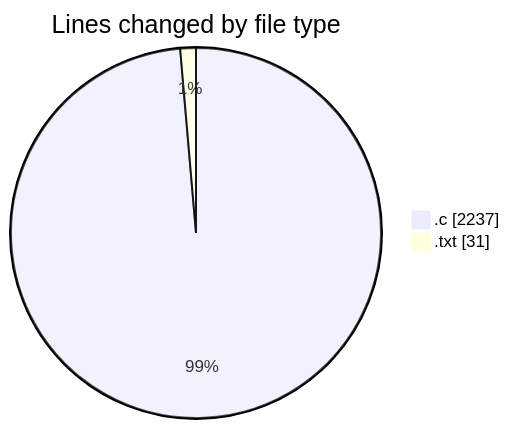
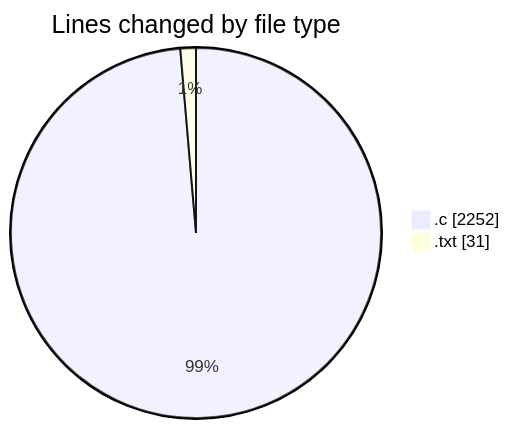
One commit to Ritupan-Deka/code-tracking changed the first of 2 diagrams in 2025-01-26/search/README.md. Above: the diagram before and after it, drawn with Mermaid. The commit also changed other lines of this file and 1 other file, not shown here.

````diff
--- a/2025-01-26/search/README.md
+++ b/2025-01-26/search/README.md
@@ -22,6 +22,6 @@
 ```mermaid
 pie showData
 title Lines changed by file type
-".c" : 2237
+".c" : 2252
 ".txt" : 31
 ```
````
